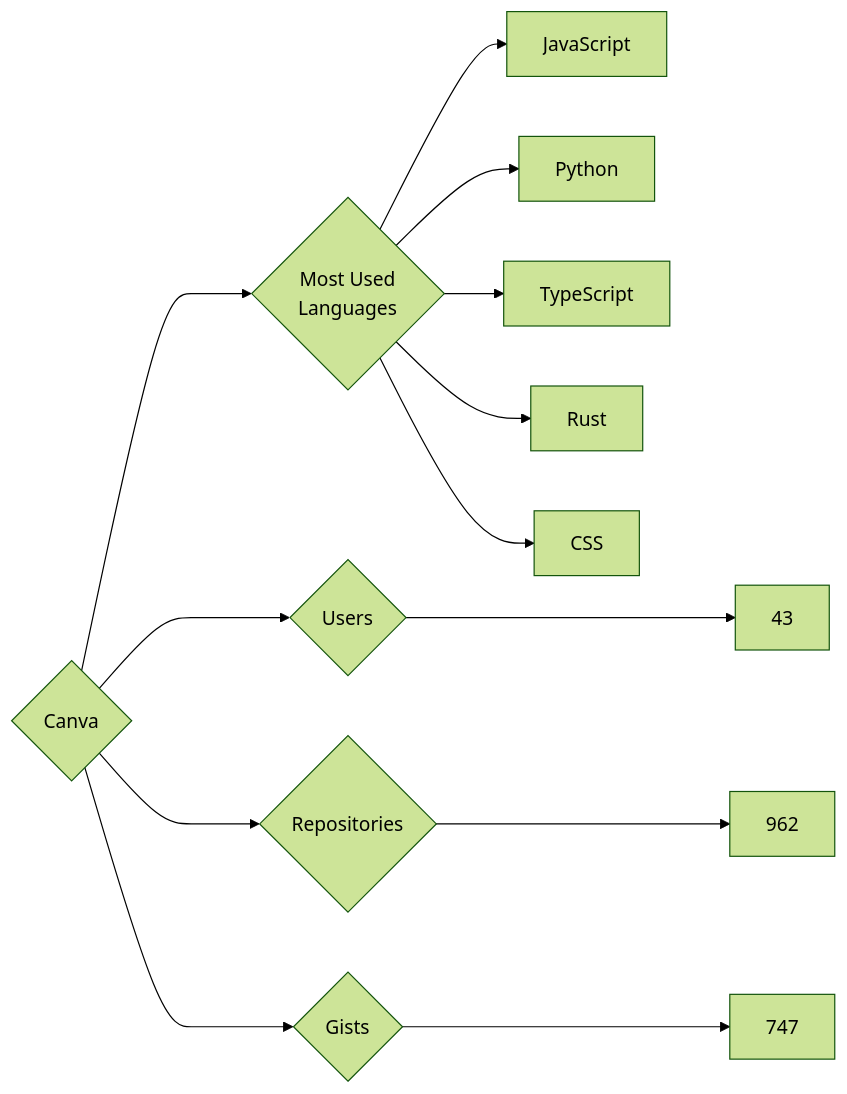
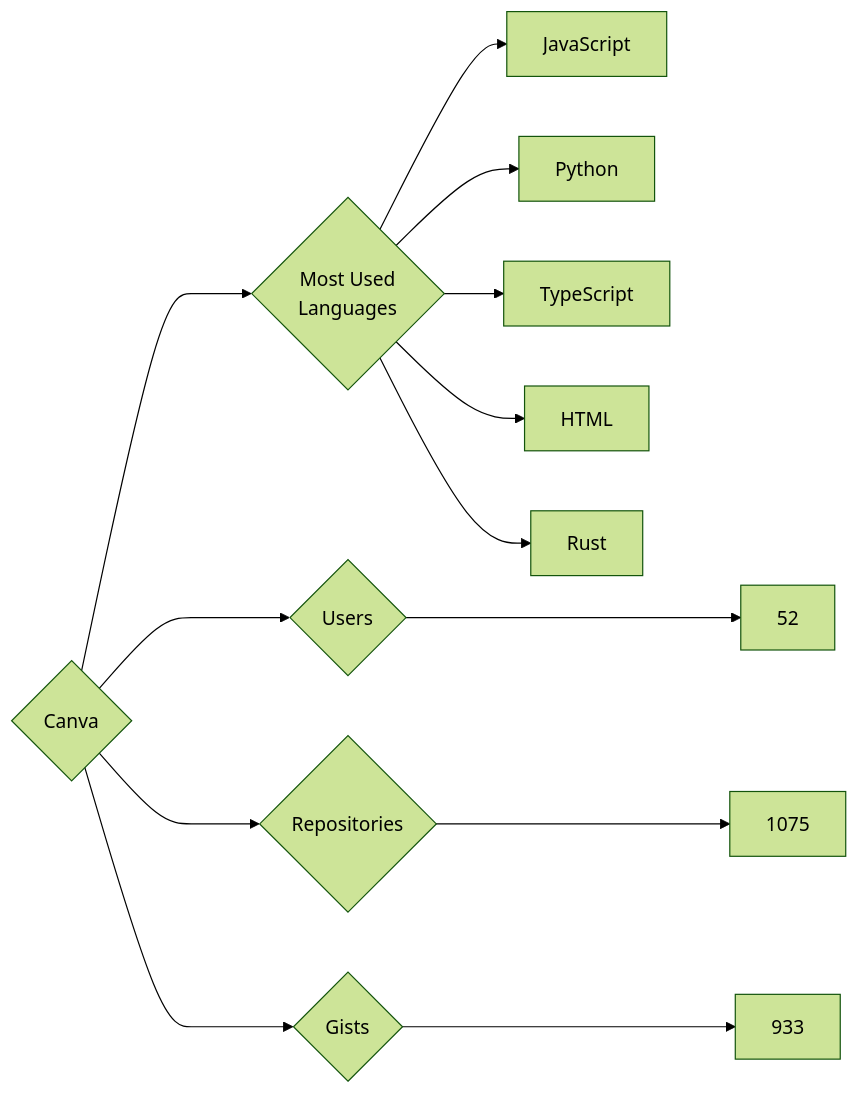
One commit to trickest/insiders changed the diagram in targets/Canva/README.md. Above: the diagram before and after it, drawn with Mermaid (forest theme). The commit also changed 773 other files, not shown here.

````diff
--- a/targets/Canva/README.md
+++ b/targets/Canva/README.md
@@ -3,13 +3,13 @@
 ```mermaid
 graph LR
 COMPANY_NAME{Canva}
-COMPANY_NAME ---> U{Users} ---> UN[43]
-COMPANY_NAME ---> R{Repositories} ---> RN[962]
-COMPANY_NAME ---> G{Gists} ---> GN[747]
+COMPANY_NAME ---> U{Users} ---> UN[52]
+COMPANY_NAME ---> R{Repositories} ---> RN[1075]
+COMPANY_NAME ---> G{Gists} ---> GN[933]
 COMPANY_NAME ---> ML{Most Used<br>Languages}
 ML --> JavaScript[JavaScript]
 ML --> Python[Python]
 ML --> TypeScript[TypeScript]
+ML --> HTML[HTML]
 ML --> Rust[Rust]
-ML --> CSS[CSS]
 ```
````
